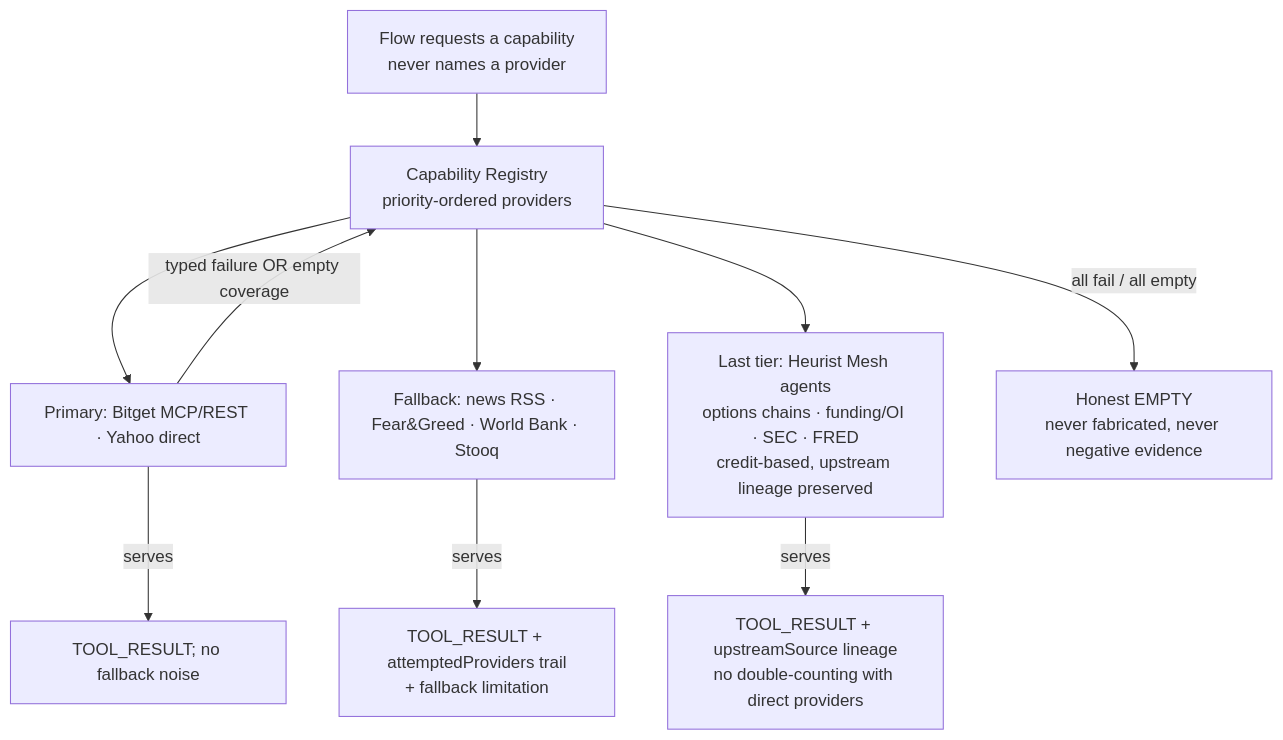
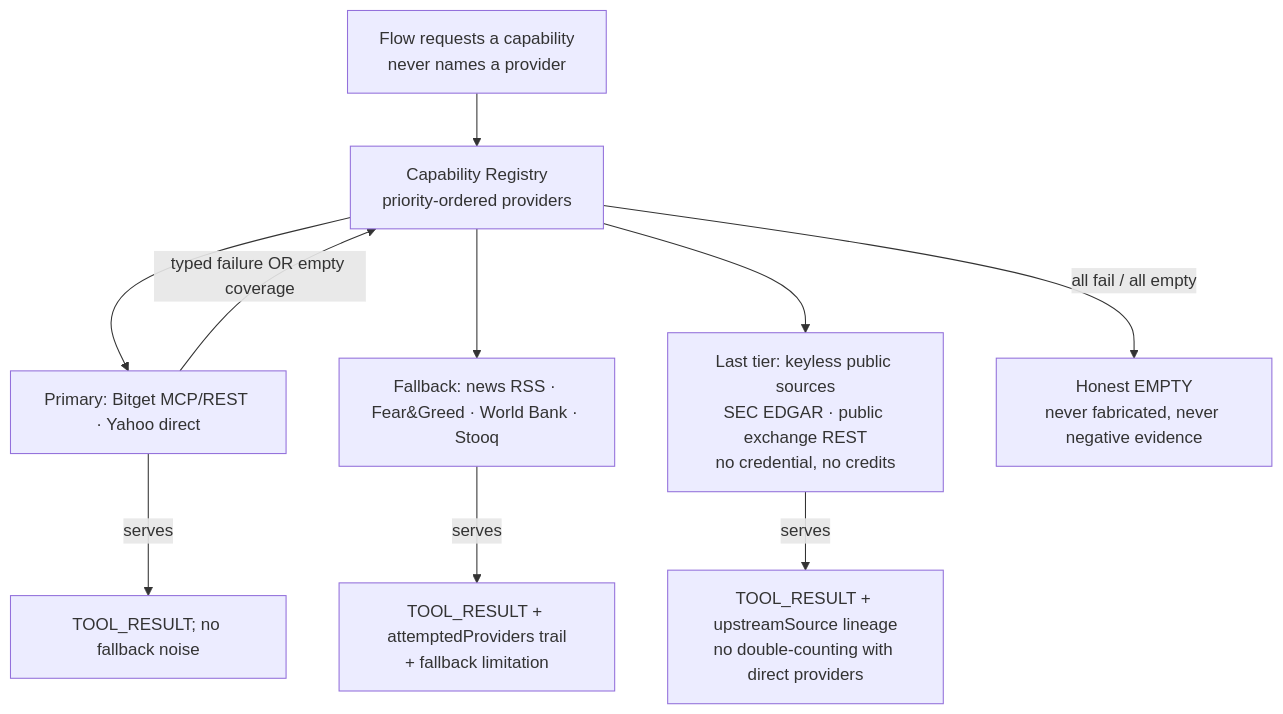
Before and after one commit to Abd00lmalik/Lumen-Terminal: the fifth of 7 diagrams in README.md, drawn with Mermaid. The commit also changed other lines of this file and 27 other files, not shown here.

````diff
--- a/README.md
+++ b/README.md
@@ -106,12 +106,12 @@
 ```mermaid
 flowchart TD
     FLOW[Flow requests a capability<br/>never names a provider] --> REG[Capability Registry<br/>priority-ordered providers]
     REG --> P1[Primary: Bitget MCP/REST · Yahoo direct]
     REG --> P2[Fallback: news RSS · Fear&Greed · World Bank · Stooq]
-    REG --> P3[Last tier: Heurist Mesh agents<br/>options chains · funding/OI · SEC · FRED<br/>credit-based, upstream lineage preserved]
+    REG --> P3[Last tier: keyless public sources<br/>SEC EDGAR · public exchange REST<br/>no credential, no credits]
     P1 -->|typed failure OR empty coverage| REG
     P2 -->|serves| TR[TOOL_RESULT + attemptedProviders trail<br/>+ fallback limitation]
     P3 -->|serves| TR3[TOOL_RESULT + upstreamSource lineage<br/>no double-counting with direct providers]
     P1 -->|serves| TR2[TOOL_RESULT; no fallback noise]
     REG -->|all fail / all empty| EMPTY[Honest EMPTY<br/>never fabricated, never negative evidence]
 ```
````
